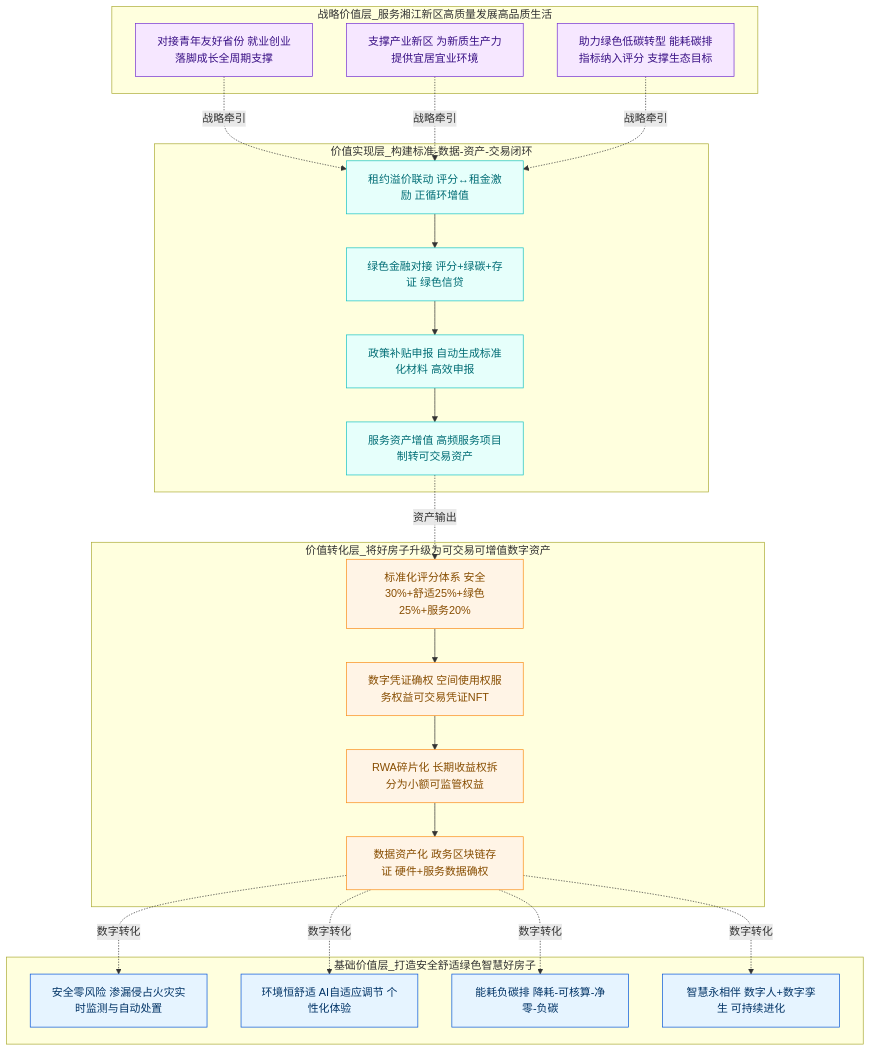
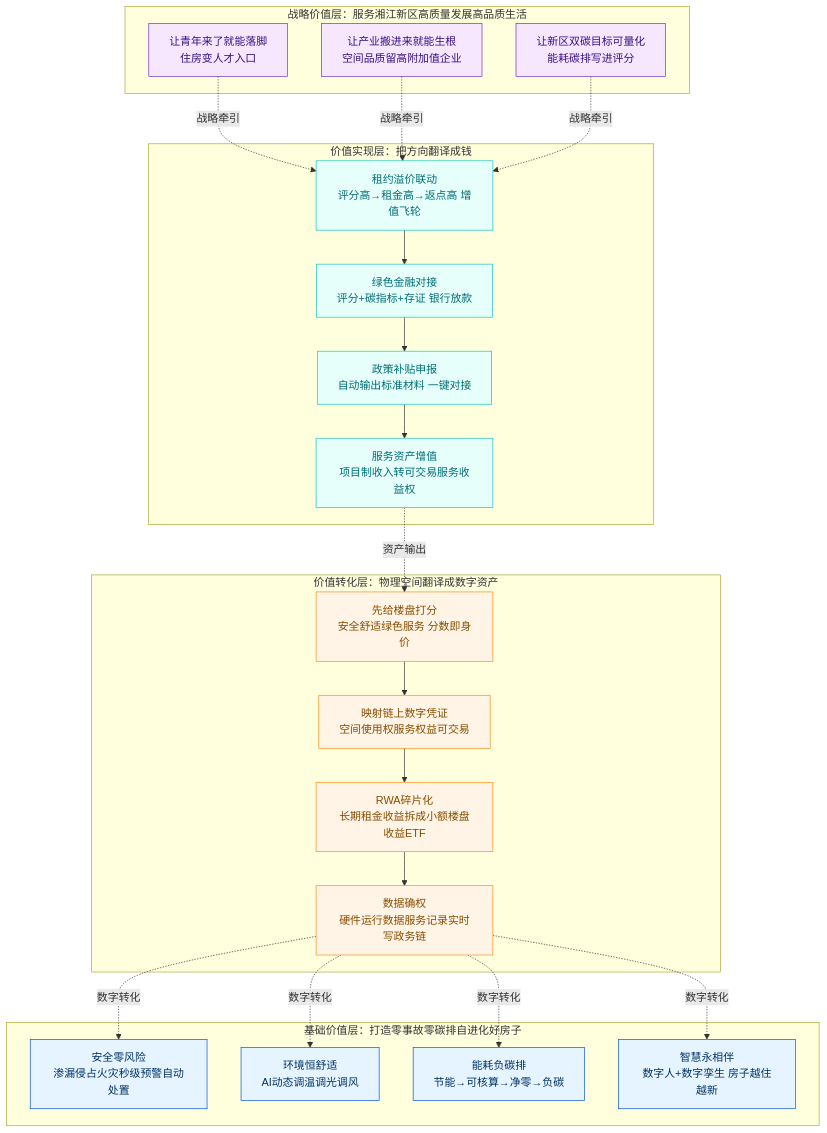
One commit to aime4eve/lite-webviewer changed the first of 2 diagrams in .trae/领域数字人/华宽通园区智能体-产品愿景.md. Above: the diagram before and after it, drawn with Mermaid. The commit also changed other lines of this file and 2 other files, not shown here.

````diff
--- a/.trae/领域数字人/华宽通园区智能体-产品愿景.md
+++ b/.trae/领域数字人/华宽通园区智能体-产品愿景.md
@@ -22,51 +22,48 @@
 ```mermaid
 graph TD
     %% ④ 战略价值层（最上层）
-    subgraph 战略价值层_服务湘江新区高质量发展高品质生活
-        F1[对接青年友好省份 就业创业落脚成长全周期支撑]
-        F2[支撑产业新区 为新质生产力提供宜居宜业环境]
-        F3[助力绿色低碳转型 能耗碳排指标纳入评分 支撑生态目标]
+    subgraph S4[战略价值层：服务湘江新区高质量发展高品质生活]
+        F1[让青年来了就能落脚<br/>住房变人才入口]
+        F2[让产业搬进来就能生根<br/>空间品质留高附加值企业]
+        F3[让新区双碳目标可量化<br/>能耗碳排写进评分]
     end
-
     %% ③ 价值实现层
-    subgraph 价值实现层_构建标准-数据-资产-交易闭环
-        E1[租约溢价联动 评分↔租金激励 正循环增值]
-        E2[绿色金融对接 评分+绿碳+存证 绿色信贷]
-        E3[政策补贴申报 自动生成标准化材料 高效申报]
-        E4[服务资产增值 高频服务项目制转可交易资产]
+    subgraph S3[价值实现层：把方向翻译成钱]
+        E1[租约溢价联动<br/>评分高→租金高→返点高 增值飞轮]
+        E2[绿色金融对接<br/>评分+碳指标+存证 银行放款]
+        E3[政策补贴申报<br/>自动输出标准材料 一键对接]
+        E4[服务资产增值<br/>项目制收入转可交易服务收益权]
     end
-
     %% ② 价值转化层
-    subgraph 价值转化层_将好房子升级为可交易可增值数字资产
-        D1[标准化评分体系 安全30%+舒适25%+绿色25%+服务20%]
-        D2[数字凭证确权 空间使用权服务权益可交易凭证NFT]
-        D3[RWA碎片化 长期收益权拆分为小额可监管权益]
-        D4[数据资产化 政务区块链存证 硬件+服务数据确权]
+    subgraph S2[价值转化层：物理空间翻译成数字资产]
+        D1[先给楼盘打分<br/>安全舒适绿色服务 分数即身价]
+        D2[映射链上数字凭证<br/>空间使用权服务权益可交易]
+        D3[RWA碎片化<br/>长期租金收益拆成小额楼盘收益ETF]
+        D4[数据确权<br/>硬件运行数据服务记录实时写政务链]
     end
-
     %% ① 基础价值层（最下层）
-    subgraph 基础价值层_打造安全舒适绿色智慧好房子
-        C1[安全零风险 渗漏侵占火灾实时监测与自动处置]
-        C2[环境恒舒适 AI自适应调节 个性化体验]
-        C3[能耗负碳排 降耗-可核算-净零-负碳]
-        C4[智慧永相伴 数字人+数字孪生 可持续进化]
+    subgraph S1[基础价值层：打造零事故零碳排自进化好房子]
+        C1[安全零风险<br/>渗漏侵占火灾秒级预警自动处置]
+        C2[环境恒舒适<br/>AI动态调温调光调风]
+        C3[能耗负碳排<br/>节能→可核算→净零→负碳]
+        C4[智慧永相伴<br/>数字人+数字孪生 房子越住越新]
     end
 
     %% 层级流向（自上而下）
     F1 & F2 & F3 -.->|战略牵引| E1
     E1 --> E2 --> E3 --> E4
     E4 -.->|资产输出| D1
     D1 --> D2 --> D3 --> D4
     D4 -.->|数字转化| C1 & C2 & C3 & C4
 
     %% 样式
     classDef layer4 fill:#f6e7ff,stroke:#722ed1,color:#391085
     classDef layer3 fill:#e6fffb,stroke:#13c2c2,color:#006d75
     classDef layer2 fill:#fff4e6,stroke:#fa8c16,color:#874d00
     classDef layer1 fill:#e6f4ff,stroke:#0052d9,color:#003366
 
     class F1,F2,F3 layer4
     class E1,E2,E3,E4 layer3
     class D1,D2,D3,D4 layer2
     class C1,C2,C3,C4 layer1
 ```
````
